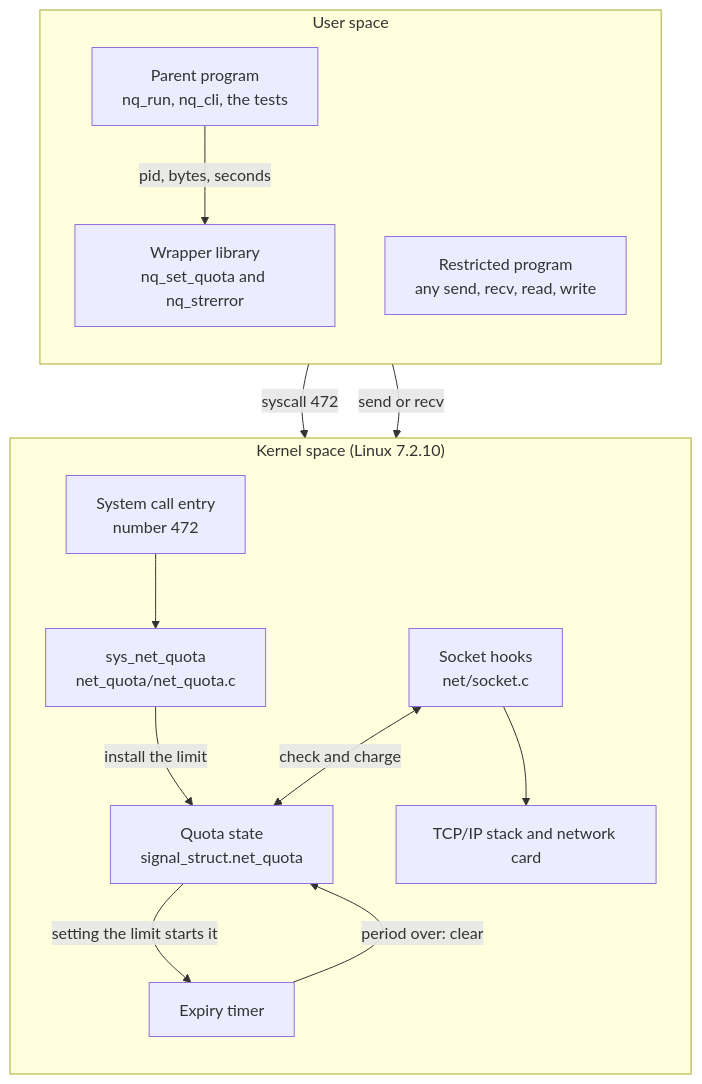
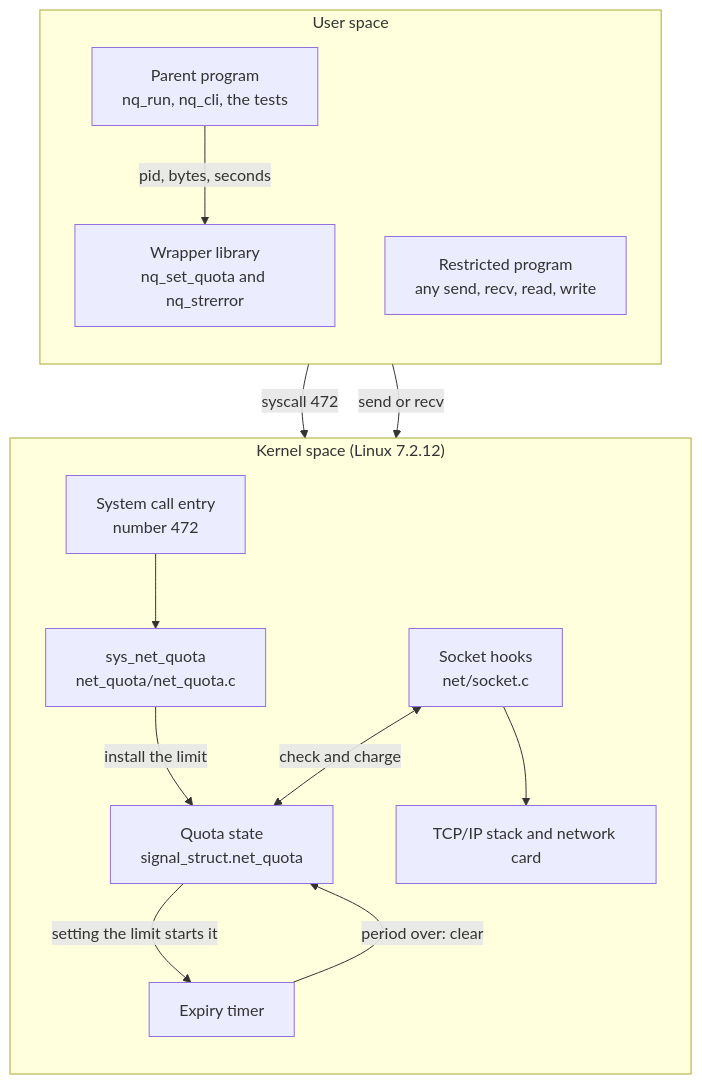
Before and after one commit to Dhruv0306/net-quota-syscall: the first of 6 diagrams in docs/how-it-works.md, drawn with Mermaid. The commit also changed 6 other files, not shown here.

First line of the commit message:
docs: write everything for Linux 7.2.12, with a "Kernel version" section

````diff
--- a/docs/how-it-works.md
+++ b/docs/how-it-works.md
@@ -22,27 +22,27 @@
 ```mermaid
 flowchart TB
   subgraph US["User space"]
     direction TB
     APP["Parent program<br/>nq_run, nq_cli, the tests"]
     LIB["Wrapper library<br/>nq_set_quota and nq_strerror"]
     TARGET["Restricted program<br/>any send, recv, read, write"]
   end
-  subgraph KS["Kernel space (Linux 7.2.10)"]
+  subgraph KS["Kernel space (Linux 7.2.12)"]
     direction TB
     ENTRY["System call entry<br/>number 472"]
     SYS["sys_net_quota<br/>net_quota/net_quota.c"]
     STATE["Quota state<br/>signal_struct.net_quota"]
     HOOK["Socket hooks<br/>net/socket.c"]
     TIMER["Expiry timer"]
     NET["TCP/IP stack and network card"]
   end
   APP -->|"pid, bytes, seconds"| LIB
   LIB -->|"syscall 472"| ENTRY
   ENTRY --> SYS
   SYS -->|"install the limit"| STATE
   TARGET -->|"send or recv"| HOOK
   HOOK <-->|"check and charge"| STATE
   HOOK --> NET
   STATE -->|"setting the limit starts it"| TIMER
   TIMER -->|"period over: clear"| STATE
 ```
````
